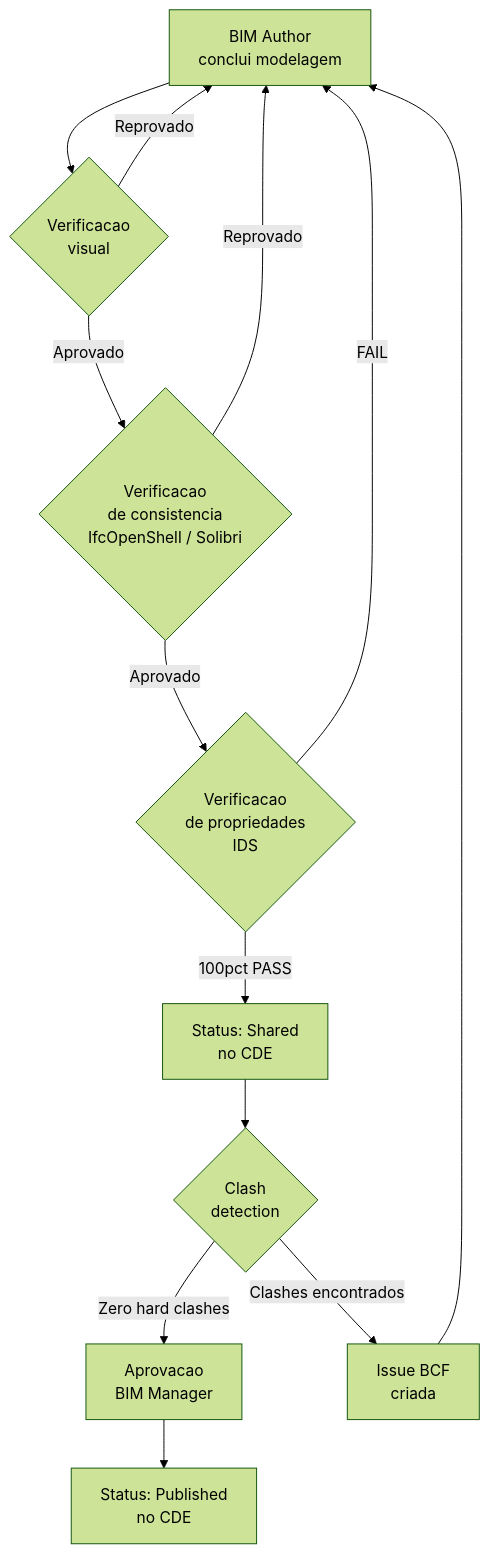
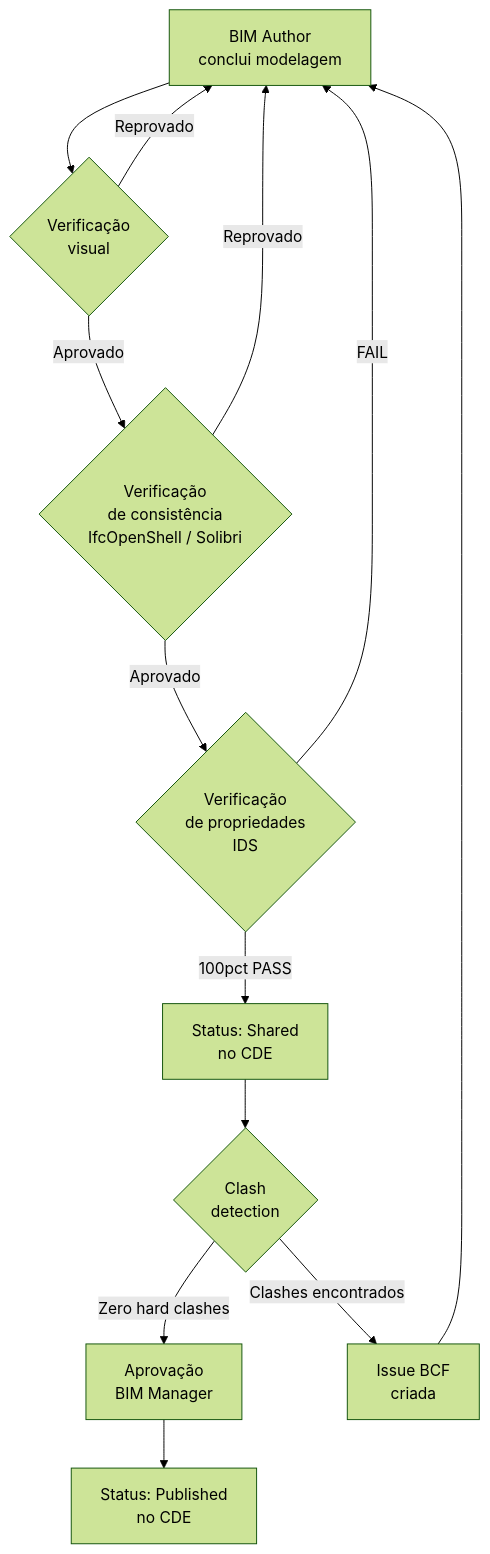
Before and after one commit to 255ribeiro/intro_ifc: the fifth of 8 diagrams in docs/bep/bep-bim-material.md, drawn with Mermaid (forest theme). The commit also changed other lines of this file, not shown here.

````diff
--- a/docs/bep/bep-bim-material.md
+++ b/docs/bep/bep-bim-material.md
@@ -366,15 +366,15 @@
 ```mermaid
 flowchart TD
-    A[BIM Author\nconclui modelagem] --> B{Verificacao\nvisual}
-    B -->|Aprovado| C{Verificacao\nde consistencia\nIfcOpenShell / Solibri}
+    A[BIM Author\nconclui modelagem] --> B{Verificação\nvisual}
+    B -->|Aprovado| C{Verificação\nde consistência\nIfcOpenShell / Solibri}
     B -->|Reprovado| A
-    C -->|Aprovado| D{Verificacao\nde propriedades\nIDS}
+    C -->|Aprovado| D{Verificação\nde propriedades\nIDS}
     C -->|Reprovado| A
     D -->|100pct PASS| E[Status: Shared\nno CDE]
     D -->|FAIL| A
     E --> F{Clash\ndetection}
-    F -->|Zero hard clashes| G[Aprovacao\nBIM Manager]
+    F -->|Zero hard clashes| G[Aprovação\nBIM Manager]
     F -->|Clashes encontrados| H[Issue BCF\ncriada]
     H --> A
     G --> I[Status: Published\nno CDE]
 ```
````
